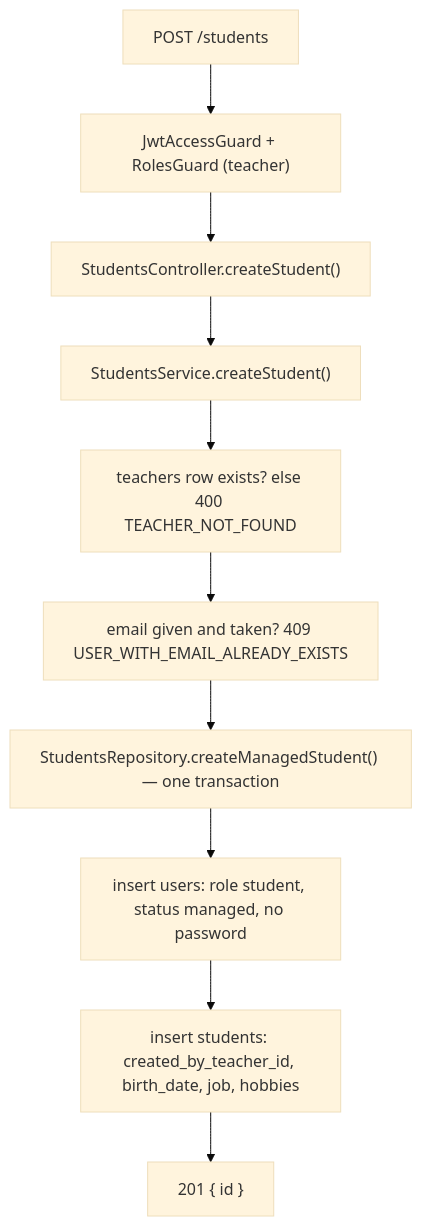
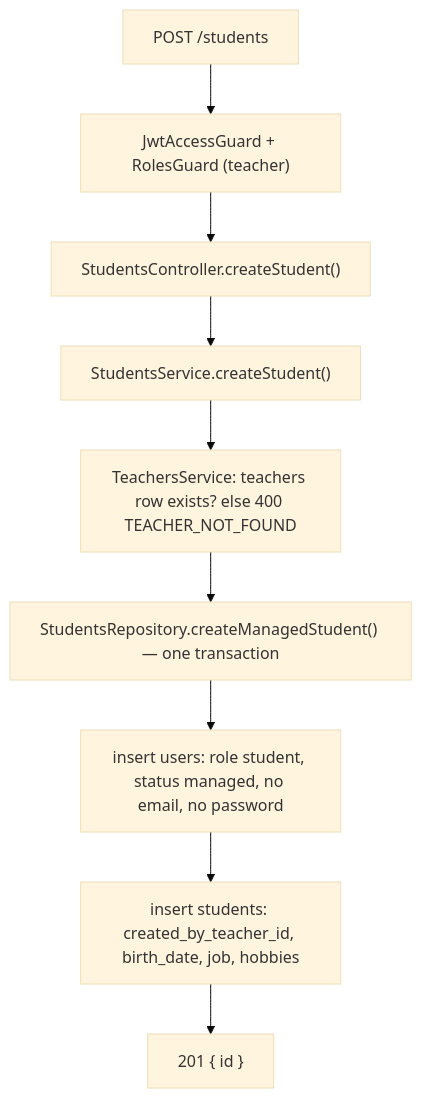
Before and after one commit to KaterynaKocheharova/Practice-app: the first of 3 diagrams in back/docs/students/student-endpoints.md, drawn with Mermaid (base theme). The commit also changed other lines of this file and 12 other files, not shown here.

````diff
--- a/back/docs/students/student-endpoints.md
+++ b/back/docs/students/student-endpoints.md
@@ -43,12 +43,11 @@
 ```mermaid
 flowchart TD
   Request["POST /students"] --> Guards["JwtAccessGuard + RolesGuard (teacher)"]
   Guards --> Controller["StudentsController.createStudent()"]
   Controller --> Service["StudentsService.createStudent()"]
-  Service --> TeacherCheck["teachers row exists? else 400 TEACHER_NOT_FOUND"]
-  TeacherCheck --> Email["email given and taken? 409 USER_WITH_EMAIL_ALREADY_EXISTS"]
-  Email --> Tx["StudentsRepository.createManagedStudent() — one transaction"]
-  Tx --> User["insert users: role student, status managed, no password"]
+  Service --> TeacherCheck["TeachersService: teachers row exists? else 400 TEACHER_NOT_FOUND"]
+  TeacherCheck --> Tx["StudentsRepository.createManagedStudent() — one transaction"]
+  Tx --> User["insert users: role student, status managed, no email, no password"]
   User --> Profile["insert students: created_by_teacher_id, birth_date, job, hobbies"]
   Profile --> Response["201 { id }"]
 ```
````
